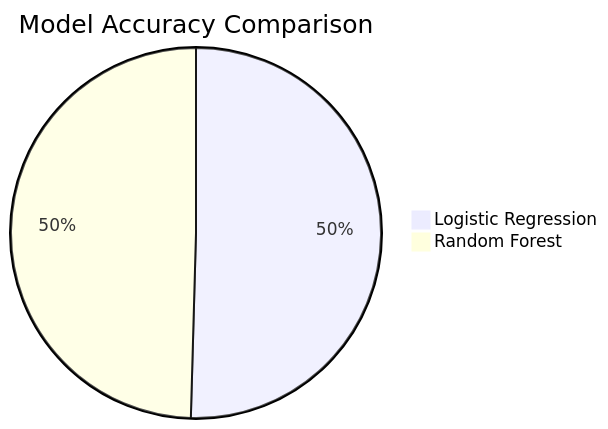
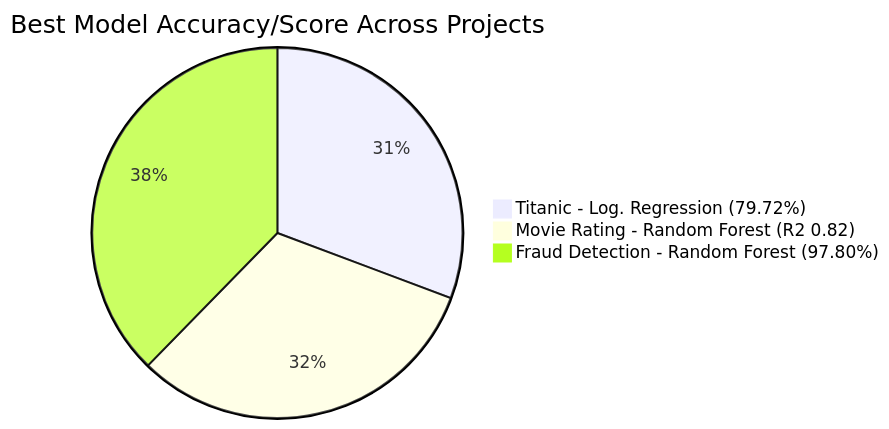
Before and after one commit to adityasharma2468/CODSOFT: the diagram in README.md, drawn with Mermaid. The commit also changed other lines of this file, not shown here.

````diff
--- a/README.md
+++ b/README.md
@@ -132,5 +134,6 @@
 ```mermaid
-pie title Model Accuracy Comparison
-    "Logistic Regression" : 7972
-    "Random Forest" : 7832
+pie title Best Model Accuracy/Score Across Projects
+    "Titanic - Log. Regression (79.72%)" : 7972
+    "Movie Rating - Random Forest (R2 0.82)" : 8200
+    "Fraud Detection - Random Forest (97.80%)" : 9780
 ```
````
